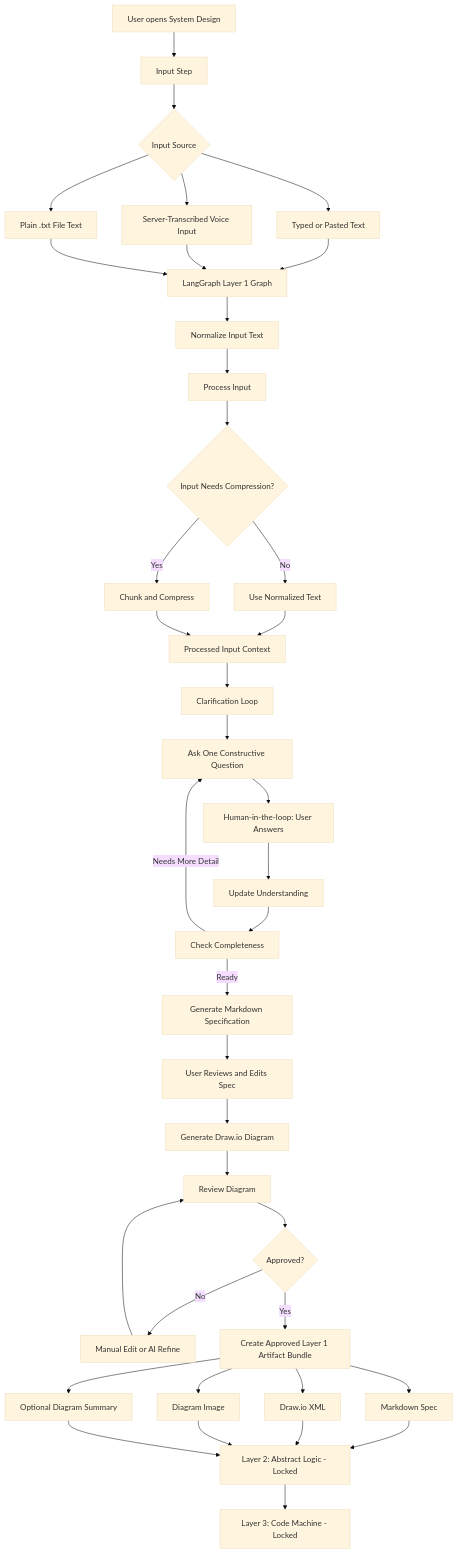
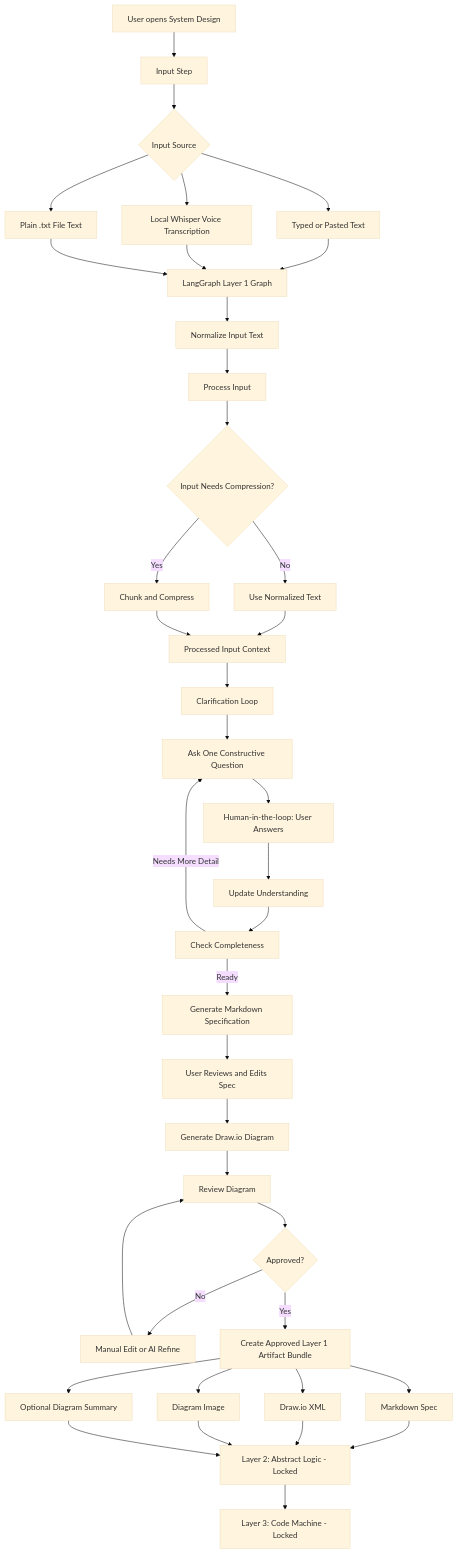
The second of 20 diagrams in Docs/system-design-detailed-plan.md (ProductMasterz/Mujarrad-Frontend), drawn with Mermaid (base theme) before and after one commit. The commit also changed other lines of this file and 5 other files, not shown here.

Commit message:
Use local Whisper transcription for system builder input

````diff
--- a/Docs/system-design-detailed-plan.md
+++ b/Docs/system-design-detailed-plan.md
@@ -226,51 +226,51 @@
 ```mermaid
 flowchart TD
     A[User opens System Design] --> B[Input Step]
 
     B --> C{Input Source}
     C --> C1[Typed or Pasted Text]
-    C --> C2[Server-Transcribed Voice Input]
+    C --> C2[Local Whisper Voice Transcription]
     C --> C3[Plain .txt File Text]
 
     C1 --> LG[LangGraph Layer 1 Graph]
     C2 --> LG
     C3 --> LG
 
     LG --> D[Normalize Input Text]
     D --> E[Process Input]
     E --> F{Input Needs Compression?}
     F -->|No| G[Use Normalized Text]
     F -->|Yes| H[Chunk and Compress]
     G --> I[Processed Input Context]
     H --> I
 
     I --> J[Clarification Loop]
     J --> K[Ask One Constructive Question]
     K --> L[Human-in-the-loop: User Answers]
     L --> M[Update Understanding]
     M --> N[Check Completeness]
 
     N -->|Needs More Detail| K
     N -->|Ready| O[Generate Markdown Specification]
 
     O --> P[User Reviews and Edits Spec]
     P --> Q[Generate Draw.io Diagram]
     Q --> R[Review Diagram]
 
     R --> S{Approved?}
     S -->|No| T[Manual Edit or AI Refine]
     T --> R
     S -->|Yes| U[Create Approved Layer 1 Artifact Bundle]
 
     U --> U1[Markdown Spec]
     U --> U2[Draw.io XML]
     U --> U3[Diagram Image]
     U --> U4[Optional Diagram Summary]
 
     U1 --> V[Layer 2: Abstract Logic - Locked]
     U2 --> V
     U3 --> V
     U4 --> V
 
     V --> W[Layer 3: Code Machine - Locked]
 ```
````
